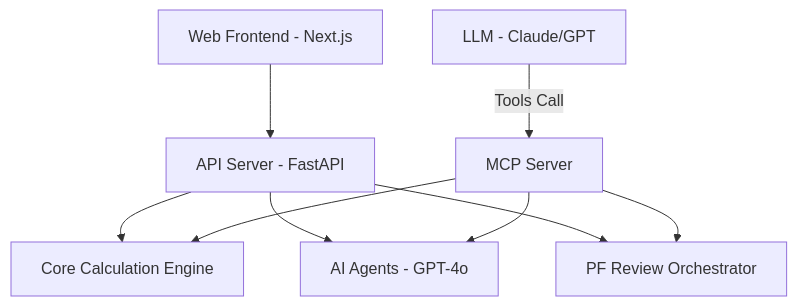
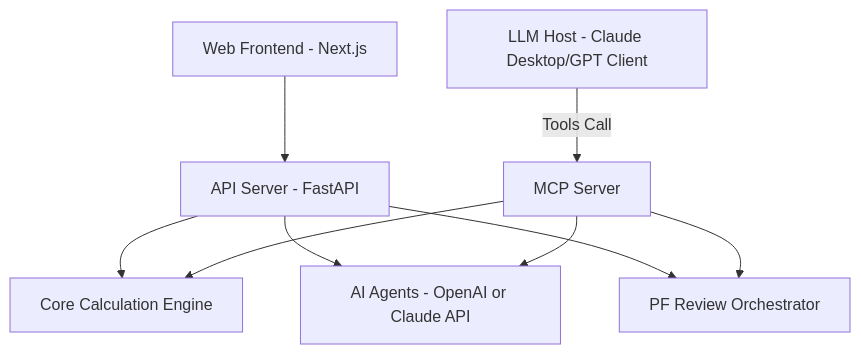
The diagram in README.md (parkwh79-stack/real-estate-os), drawn with Mermaid before and after one commit. The commit also changed other lines of this file and 13 other files, not shown here.

Commit message:
Add Claude Desktop AI connection context

````diff
--- a/README.md
+++ b/README.md
@@ -31,11 +31,11 @@
 ```mermaid
 graph TD
     A[Web Frontend - Next.js] --> B[API Server - FastAPI]
     B --> C[Core Calculation Engine]
-    B --> D[AI Agents - GPT-4o]
+    B --> D[AI Agents - OpenAI or Claude API]
     B --> G[PF Review Orchestrator]
     E[MCP Server] --> C
     E --> D
     E --> G
-    F[LLM - Claude/GPT] -- Tools Call --> E
+    F[LLM Host - Claude Desktop/GPT Client] -- Tools Call --> E
 ```
````
